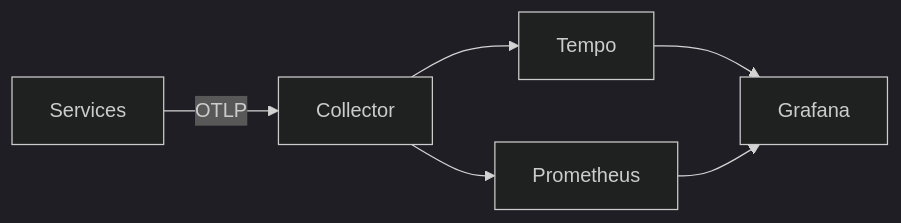
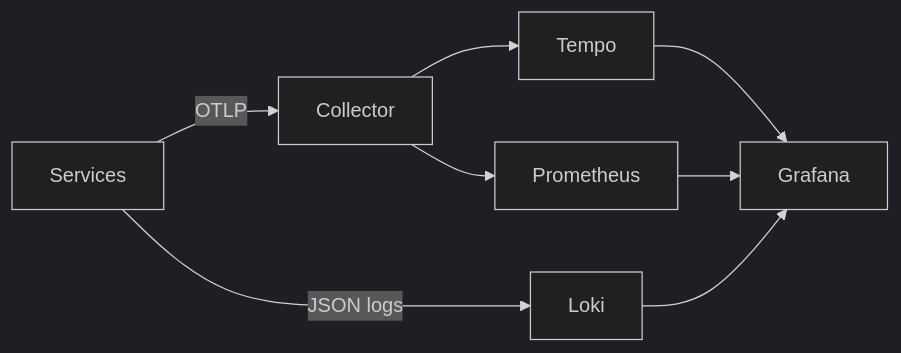
One commit to ekowbaah/otel-stack-lab changed the diagram in README.md. Above: the diagram before and after it, drawn with Mermaid (dark theme). The commit also changed other lines of this file and 4 other files, not shown here.

````diff
--- a/README.md
+++ b/README.md
@@ -10,8 +10,10 @@
 ```mermaid
 flowchart LR
   Services -->|OTLP| Collector
   Collector --> Tempo
   Collector --> Prometheus
   Tempo --> Grafana
   Prometheus --> Grafana
+  Services -->|JSON logs| Loki
+  Loki --> Grafana
 ```
````
